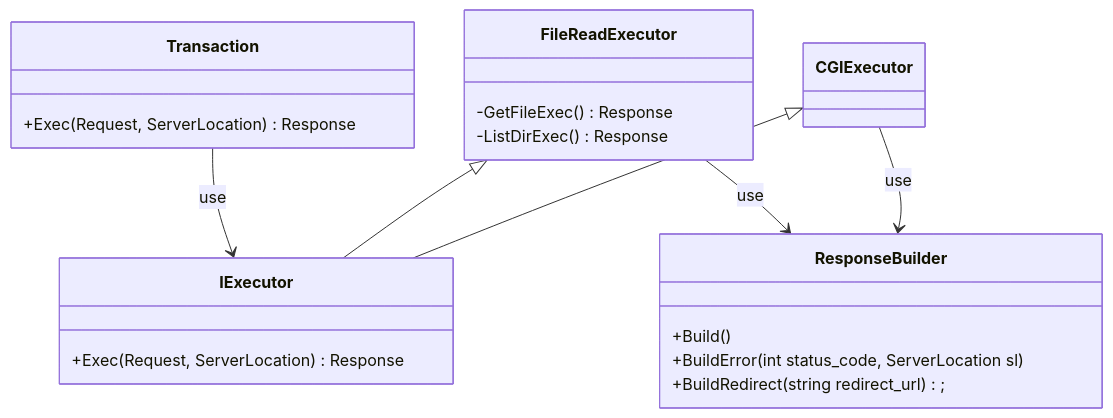
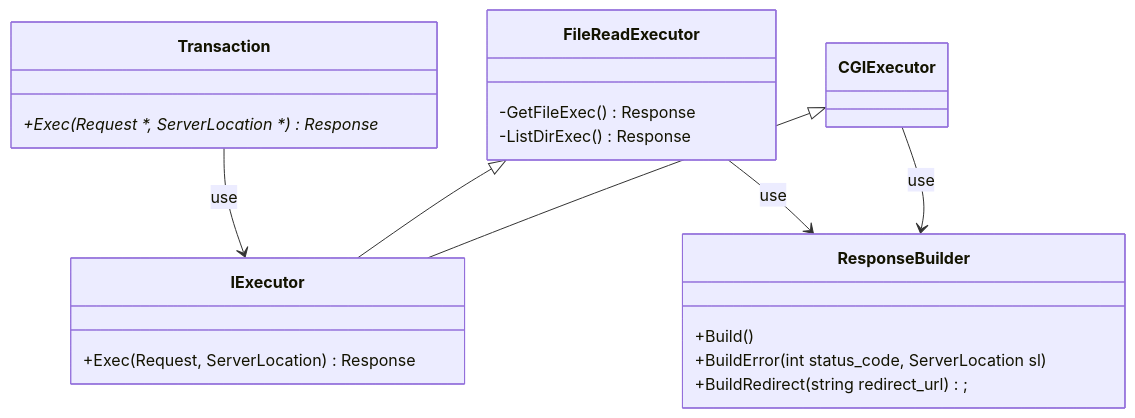
The diagram in docs/class/transaction_class.md (katataku/webserv), drawn with Mermaid before and after one commit. The commit also changed 6 other files, not shown here.

````diff
--- a/docs/class/transaction_class.md
+++ b/docs/class/transaction_class.md
@@ -1,34 +1,34 @@
 ```mermaid
 classDiagram
     CGIExecutor <|-- IExecutor
     FileReadExecutor <|-- IExecutor
 
     Transaction --> IExecutor : use
     CGIExecutor --> ResponseBuilder : use
     FileReadExecutor --> ResponseBuilder : use
 
     class FileReadExecutor {
 		-GetFileExec() Response
 		-ListDirExec() Response
     }
 
     class CGIExecutor {
     }
 
     class IExecutor {
         +Exec(Request, ServerLocation) Response
     }
 
 
     class Transaction {
-        +Exec(Request, ServerLocation) Response
+        +Exec(Request *, ServerLocation *) Response*
     }
 
 	%% status_code, server_location &&
     class ResponseBuilder {
         +Build()
 		+BuildError(int status_code, ServerLocation sl)
 		+BuildRedirect(string redirect_url);
     }
 
 ```
````
